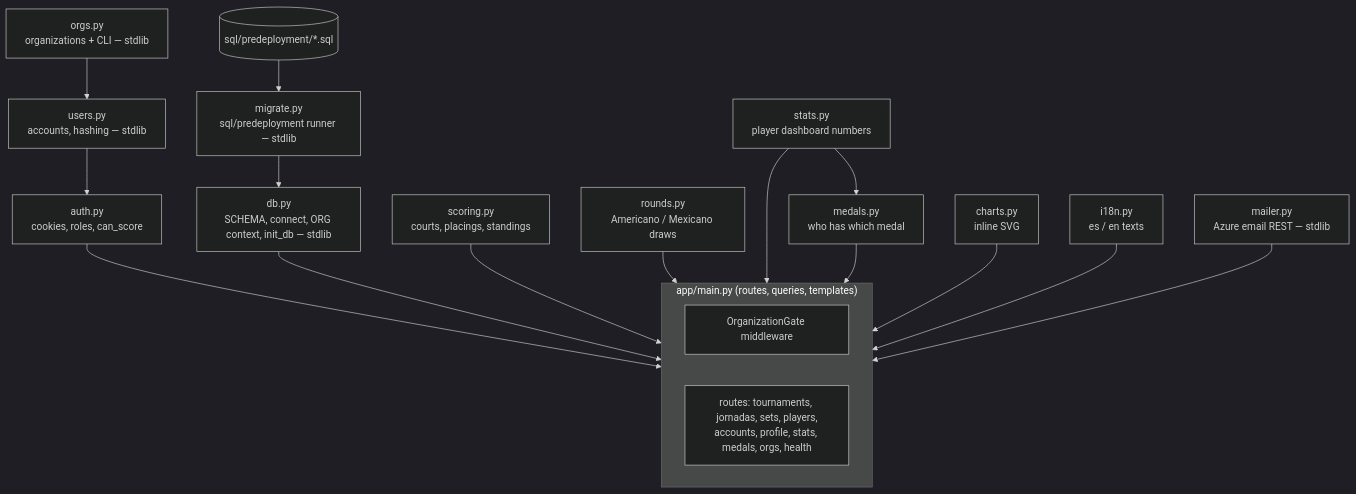
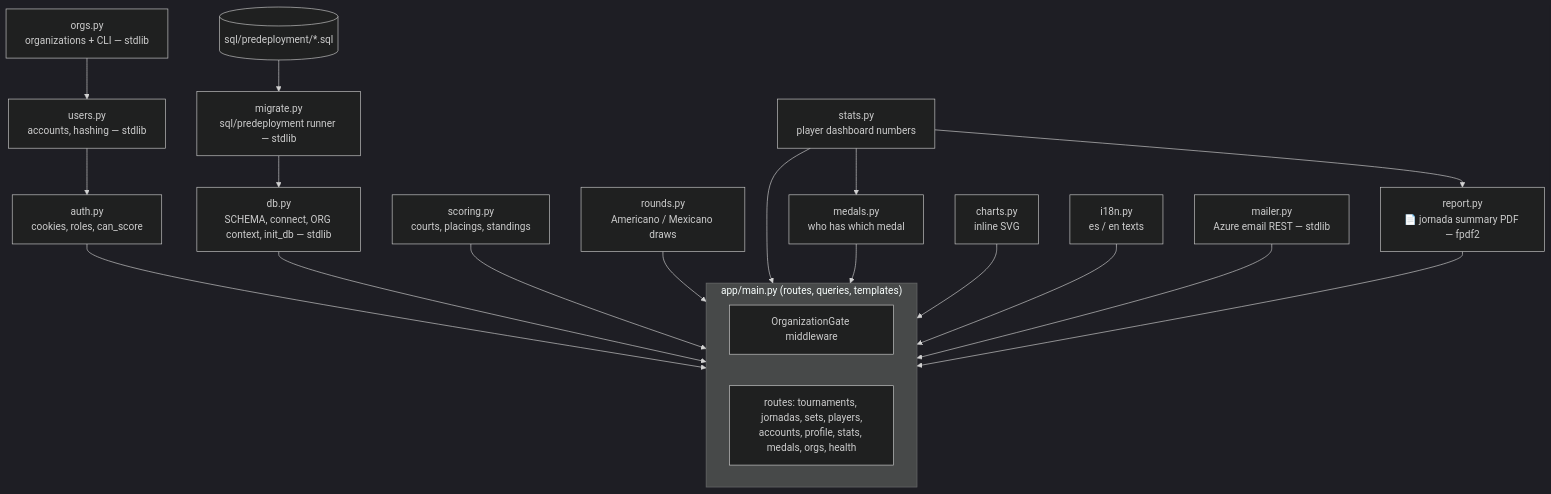
Before and after one commit to Sorrycion/PadelScore: the first of 5 diagrams in docs/processes/ARCHITECTURE.md, drawn with Mermaid (dark theme). The commit also changed other lines of this file and 52 other files, not shown here.

First line of the commit message:
📄 Jornada summary PDF: send it by WhatsApp (first) or email

````diff
--- a/docs/processes/ARCHITECTURE.md
+++ b/docs/processes/ARCHITECTURE.md
@@ -9,21 +9,23 @@
 ```mermaid
 flowchart TD
     subgraph web["app/main.py (routes, queries, templates)"]
         GATE[OrganizationGate middleware]
         ROUTES[routes: tournaments, jornadas, sets, players,<br/>accounts, profile, stats, medals, orgs, health]
     end
     AUTH[auth.py<br/>cookies, roles, can_score] --> web
     USERS[users.py<br/>accounts, hashing — stdlib] --> AUTH
     ORGS[orgs.py<br/>organizations + CLI — stdlib] --> USERS
     DB[db.py<br/>SCHEMA, connect, ORG context, init_db — stdlib] --> web
     MIG[migrate.py<br/>sql/predeployment runner — stdlib] --> DB
     SCORING[scoring.py<br/>courts, placings, standings] --> web
     ROUNDS[rounds.py<br/>Americano / Mexicano draws] --> web
     STATS[stats.py<br/>player dashboard numbers] --> web
     MEDALS[medals.py<br/>who has which medal] --> web
     STATS --> MEDALS
     CHARTS[charts.py<br/>inline SVG] --> web
     I18N[i18n.py<br/>es / en texts] --> web
     MAIL[mailer.py<br/>Azure email REST — stdlib] --> web
+    REPORT[report.py<br/>📄 jornada summary PDF — fpdf2] --> web
+    STATS --> REPORT
     SQL[(sql/predeployment/*.sql)] --> MIG
 ```
````
